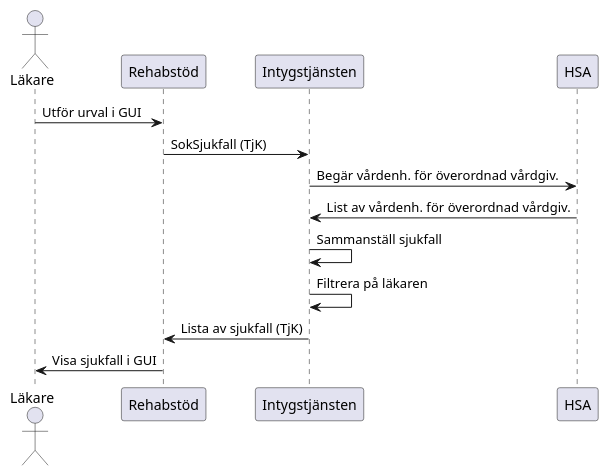
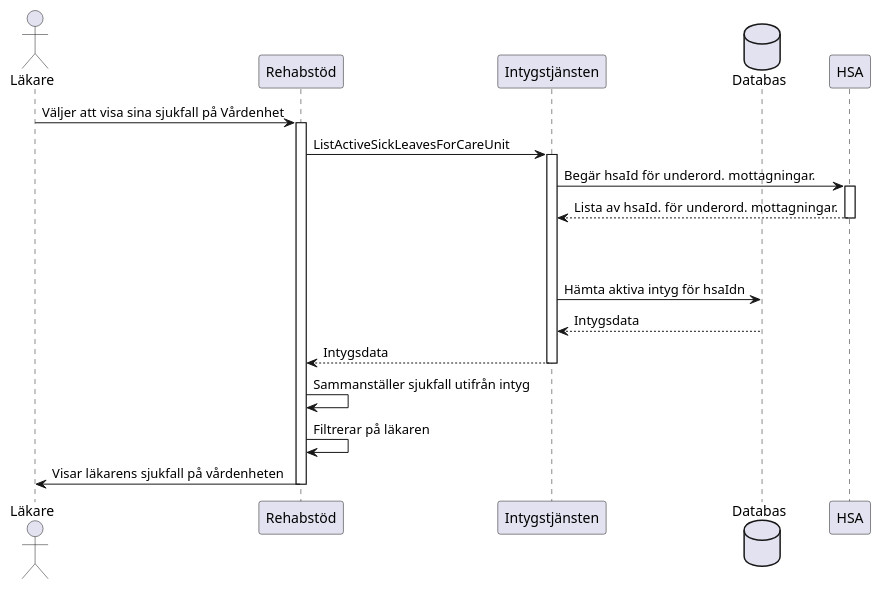
The diagram in docs/sok-sjukfall-lakare.puml (sklintyg/rehabstod), drawn with PlantUML before and after one commit. The commit also changed 8 other files, not shown here.

Commit message:
DEVENV: Diverse UML-diagram och systemskisser

```diff
--- a/docs/sok-sjukfall-lakare.puml
+++ b/docs/sok-sjukfall-lakare.puml
@@ -1,11 +1,23 @@
 @startuml
 actor Läkare
-Läkare -> Rehabstöd: Utför urval i GUI
-Rehabstöd -> Intygstjänsten: SokSjukfall (TjK)
-Intygstjänsten -> HSA: Begär vårdenh. för överordnad vårdgiv.
-HSA -> Intygstjänsten: List av vårdenh. för överordnad vårdgiv.
-Intygstjänsten -> Intygstjänsten: Sammanställ sjukfall
-Intygstjänsten -> Intygstjänsten: Filtrera på läkaren
-Intygstjänsten -> Rehabstöd: Lista av sjukfall (TjK)
-Rehabstöd -> Läkare: Visa sjukfall i GUI
+Läkare -> Rehabstöd: Väljer att visa sina sjukfall på Vårdenhet
+activate Rehabstöd
+    Rehabstöd -> Intygstjänsten: ListActiveSickLeavesForCareUnit
+
+    database Databas
+    activate Intygstjänsten
+        Intygstjänsten -> HSA: Begär hsaId för underord. mottagningar.
+        activate HSA
+            HSA --> Intygstjänsten: Lista av hsaId. för underord. mottagningar.
+        deactivate HSA
+        |||
+        |||
+        Intygstjänsten -> Databas: Hämta aktiva intyg för hsaIdn
+        Databas --> Intygstjänsten: Intygsdata
+        Intygstjänsten --> Rehabstöd: Intygsdata
+    deactivate Intygstjänsten
+    Rehabstöd -> Rehabstöd: Sammanställer sjukfall utifrån intyg
+    Rehabstöd -> Rehabstöd: Filtrerar på läkaren
+    Rehabstöd -> Läkare: Visar läkarens sjukfall på vårdenheten
+deactivate Rehabstöd
 @enduml
```
